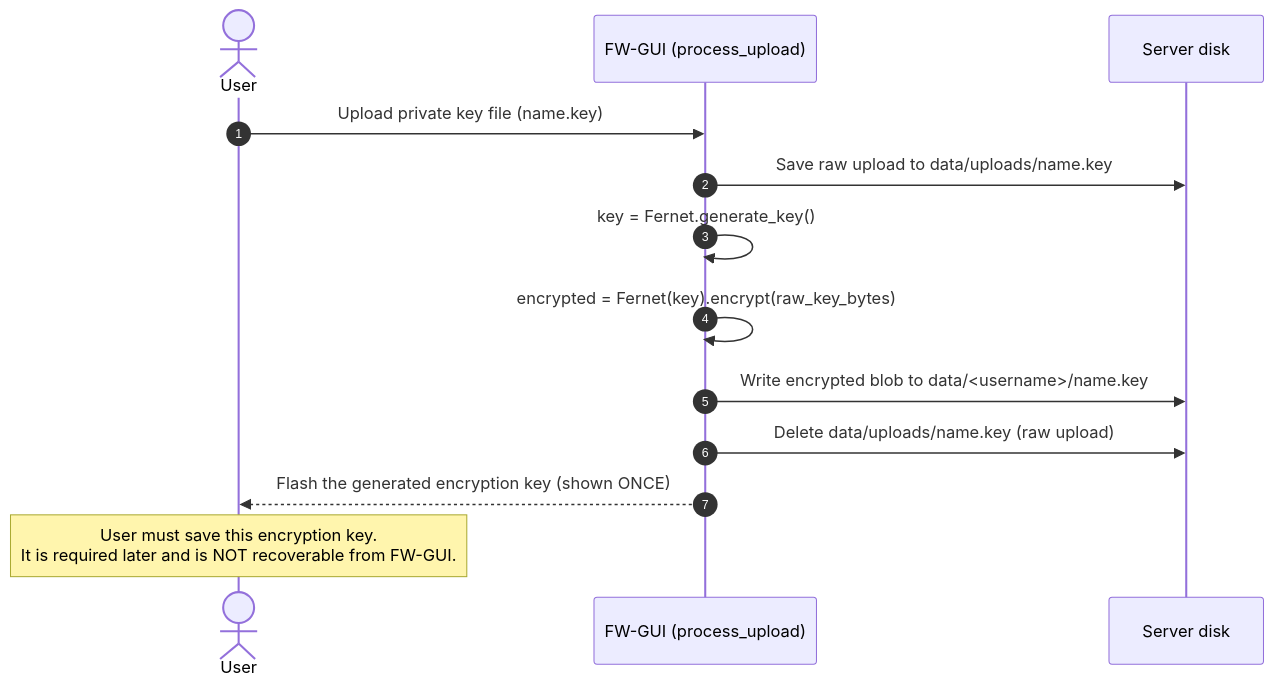
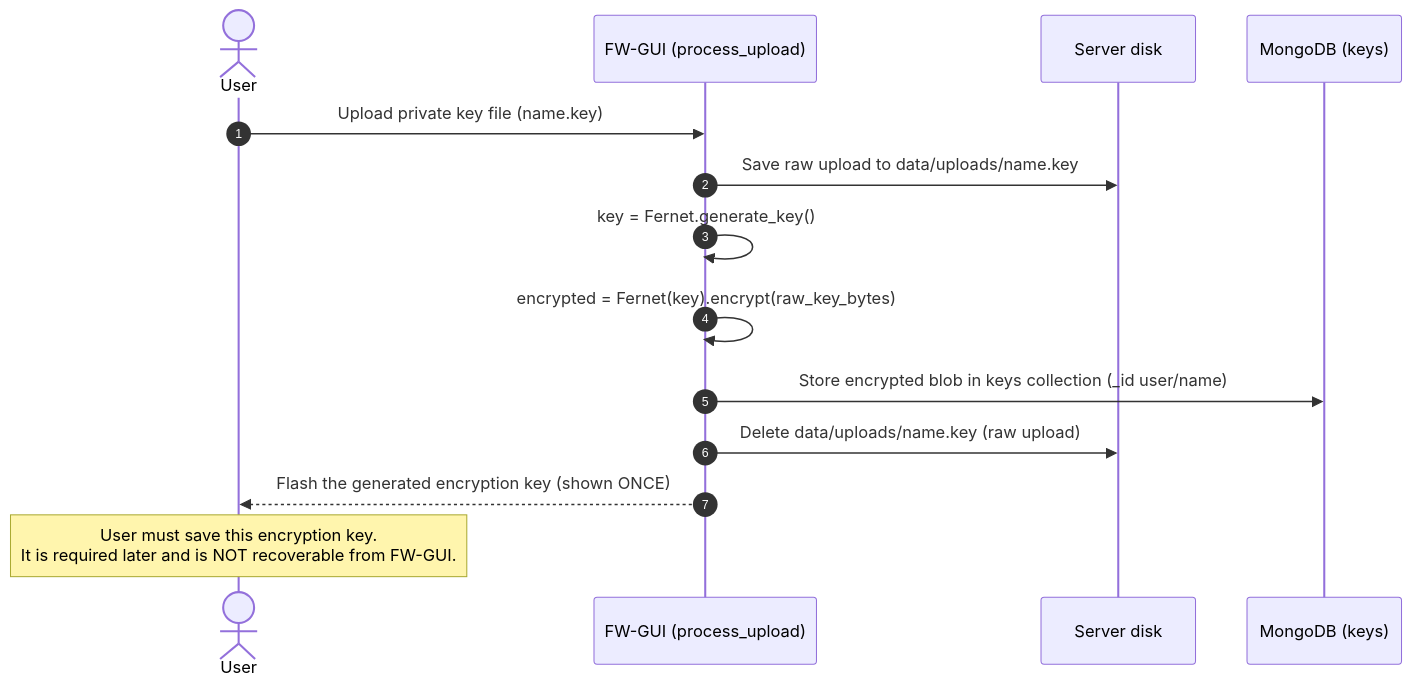
The second of 5 diagrams in docs/ssh-credential-handling.md (ibehren1/fw-gui), drawn with Mermaid before and after one commit. The commit also changed other lines of this file and 5 other files, not shown here.

First line of the commit message:
docs: describe MongoDB-backed SSH key storage

````diff
--- a/docs/ssh-credential-handling.md
+++ b/docs/ssh-credential-handling.md
@@ -82,16 +84,17 @@
 ```mermaid
 sequenceDiagram
     autonumber
     actor User
     participant App as FW-GUI (process_upload)
     participant Disk as Server disk
+    participant Mongo as MongoDB (keys)
 
     User->>App: Upload private key file (name.key)
     App->>Disk: Save raw upload to data/uploads/name.key
     App->>App: key = Fernet.generate_key()
     App->>App: encrypted = Fernet(key).encrypt(raw_key_bytes)
-    App->>Disk: Write encrypted blob to data/<username>/name.key
+    App->>Mongo: Store encrypted blob in keys collection (_id user/name)
     App->>Disk: Delete data/uploads/name.key (raw upload)
     App-->>User: Flash the generated encryption key (shown ONCE)
     Note over User: User must save this encryption key.<br/>It is required later and is NOT recoverable from FW-GUI.
 ```
````
